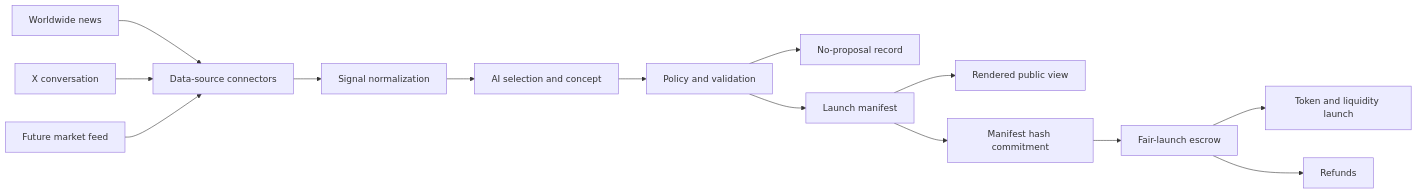
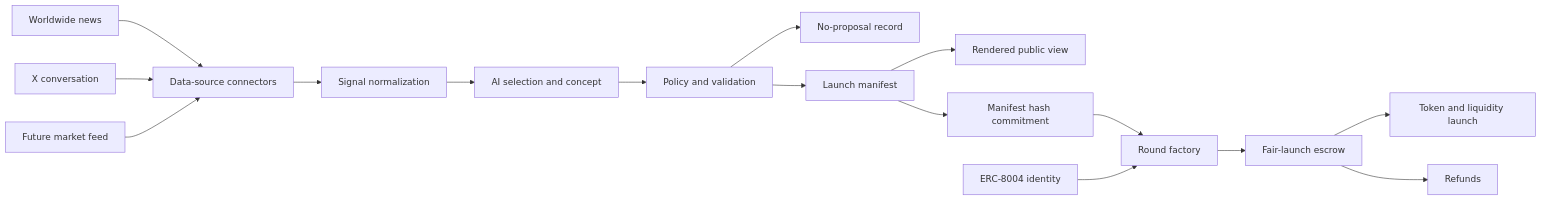
Before and after one commit to MemeToro/memetoro: the diagram in docs/architecture.md, drawn with Mermaid. The commit also changed other lines of this file and 40 other files, not shown here.

````diff
--- a/docs/architecture.md
+++ b/docs/architecture.md
@@ -55,16 +57,18 @@
 ```mermaid
 flowchart LR
     A[Worldwide news] --> B[Data-source connectors]
     X[X conversation] --> B
     M[Future market feed] --> B
     B --> C[Signal normalization]
     C --> G[AI selection and concept]
     G --> P[Policy and validation]
     P --> N[No-proposal record]
     P --> D[Launch manifest]
     D --> R[Rendered public view]
     D --> H[Manifest hash commitment]
-    H --> E[Fair-launch escrow]
+    H --> FCT[Round factory]
+    ID[ERC-8004 identity] --> FCT
+    FCT --> E[Fair-launch escrow]
     E --> F[Token and liquidity launch]
     E --> Y[Refunds]
 ```
````
